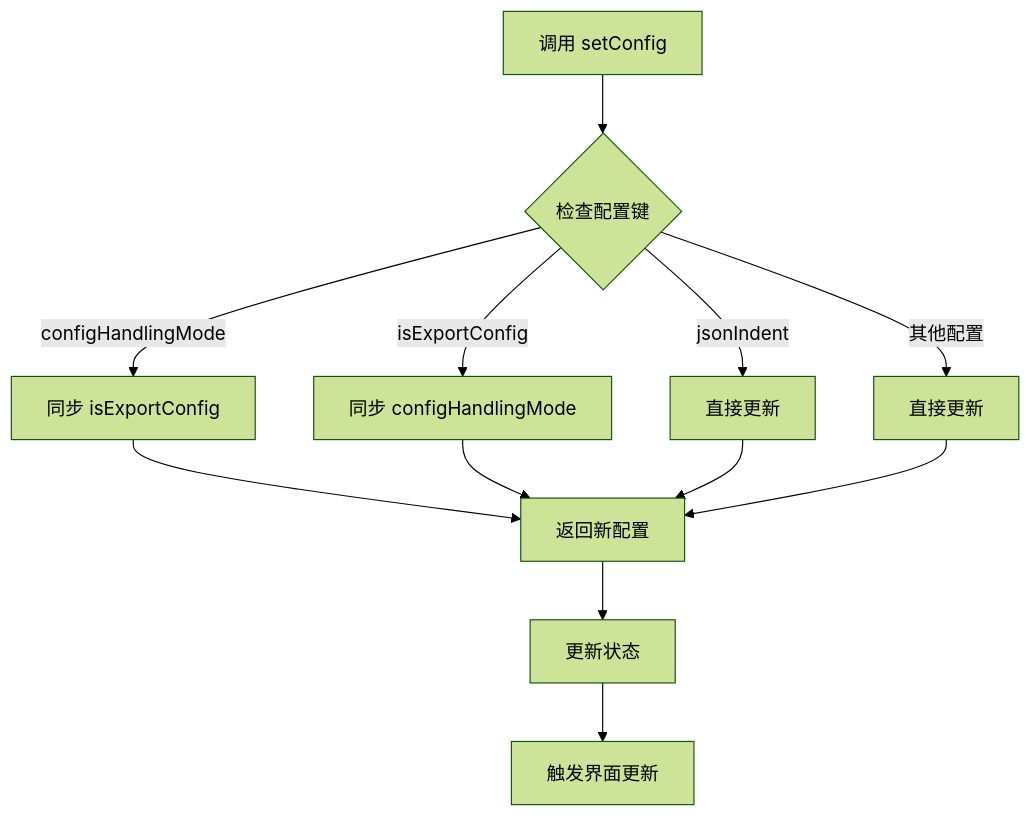
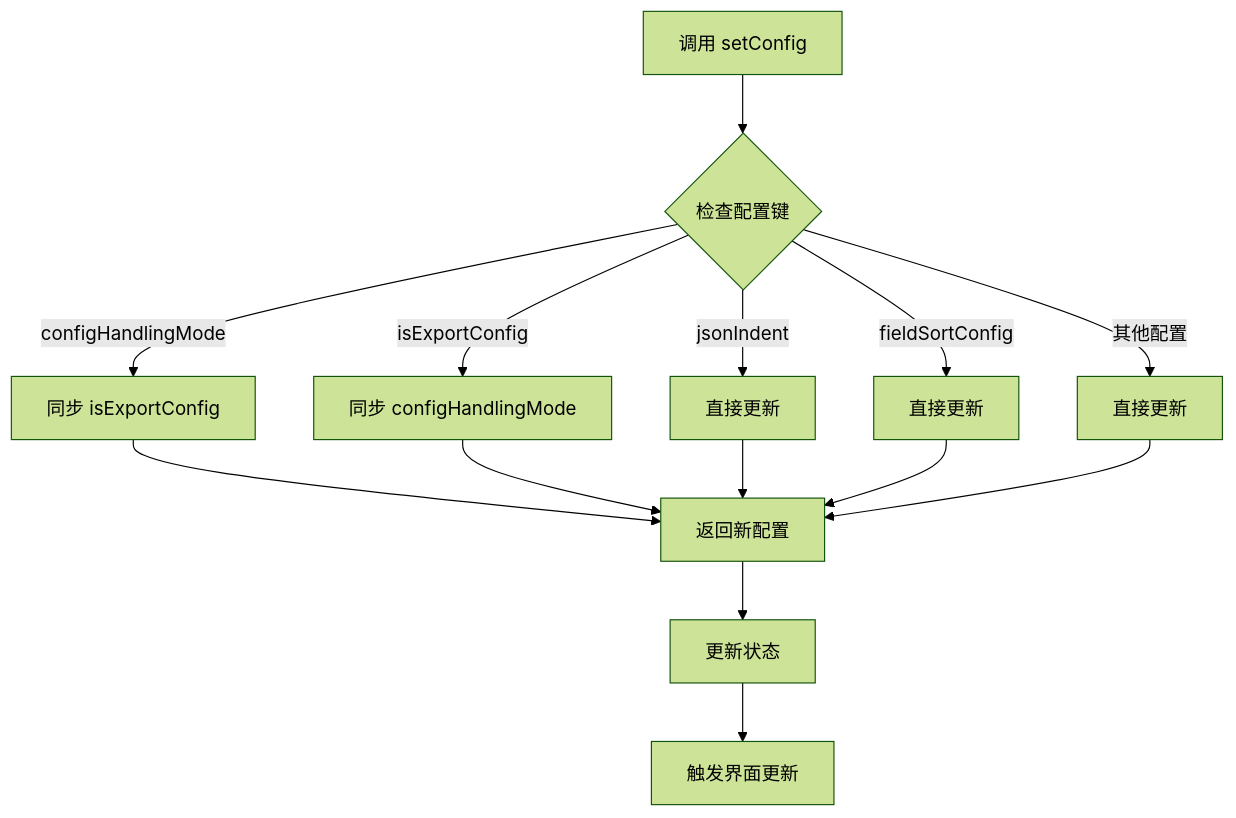
One commit to kqcoxn/MaaPipelineEditor changed the fifth of 17 diagrams in .qoder/repowiki/zh/content/Config Store.md. Above: the diagram before and after it, drawn with Mermaid (forest theme). The commit also changed other lines of this file and 22 other files, not shown here.

````diff
--- a/.qoder/repowiki/zh/content/Config Store.md
+++ b/.qoder/repowiki/zh/content/Config Store.md
@@ -243,14 +274,16 @@
 ```mermaid
 flowchart TD
 A[调用 setConfig] --> B{检查配置键}
 B --> |configHandlingMode| C[同步 isExportConfig]
 B --> |isExportConfig| D[同步 configHandlingMode]
 B --> |jsonIndent| E[直接更新]
-B --> |其他配置| F[直接更新]
-C --> G[返回新配置]
-D --> G
-E --> G
-F --> G
-G --> H[更新状态]
-H --> I[触发界面更新]
+B --> |fieldSortConfig| F[直接更新]
+B --> |其他配置| G[直接更新]
+C --> H[返回新配置]
+D --> H
+E --> H
+F --> H
+G --> H
+H --> I[更新状态]
+I --> J[触发界面更新]
 ```
````
